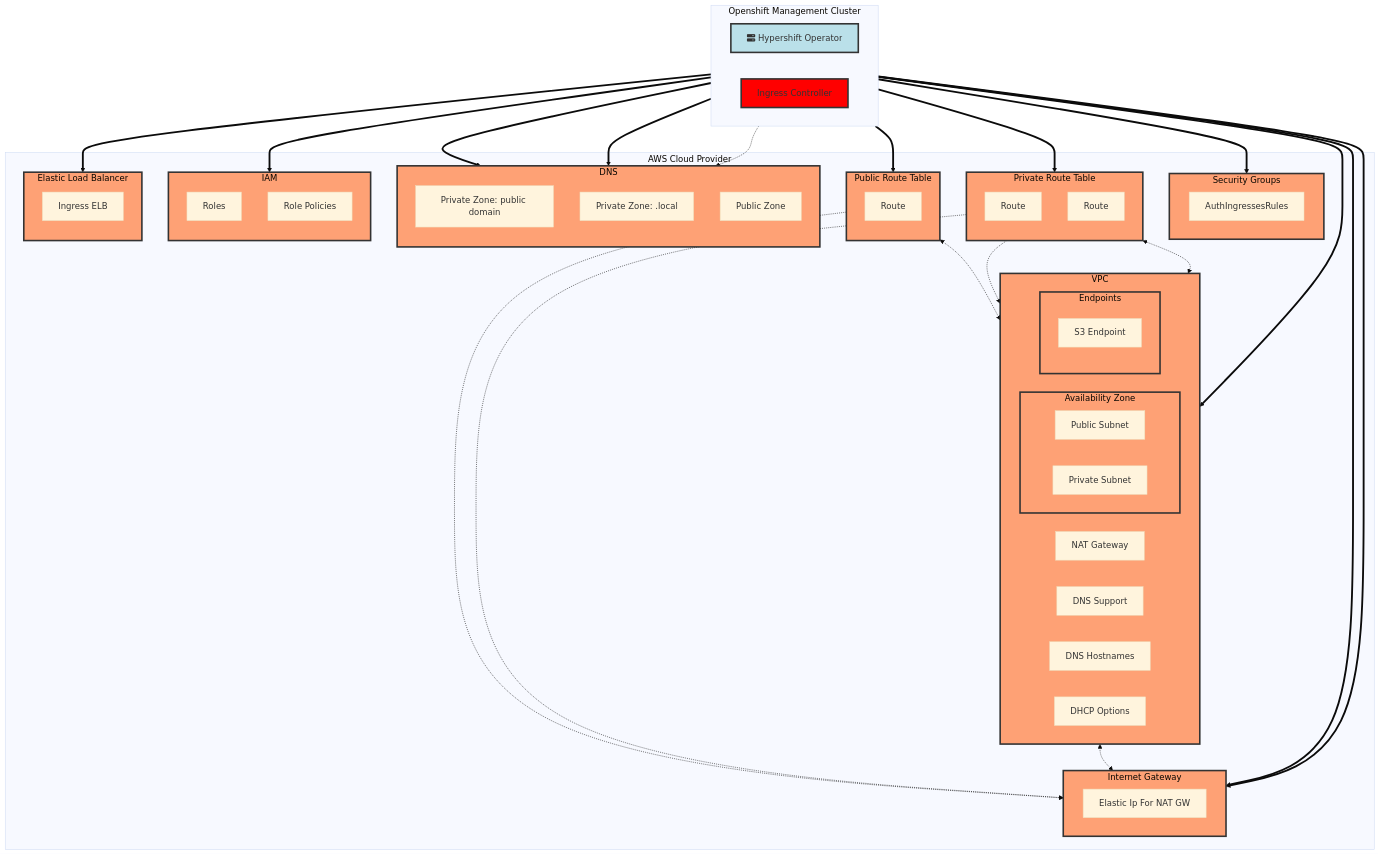
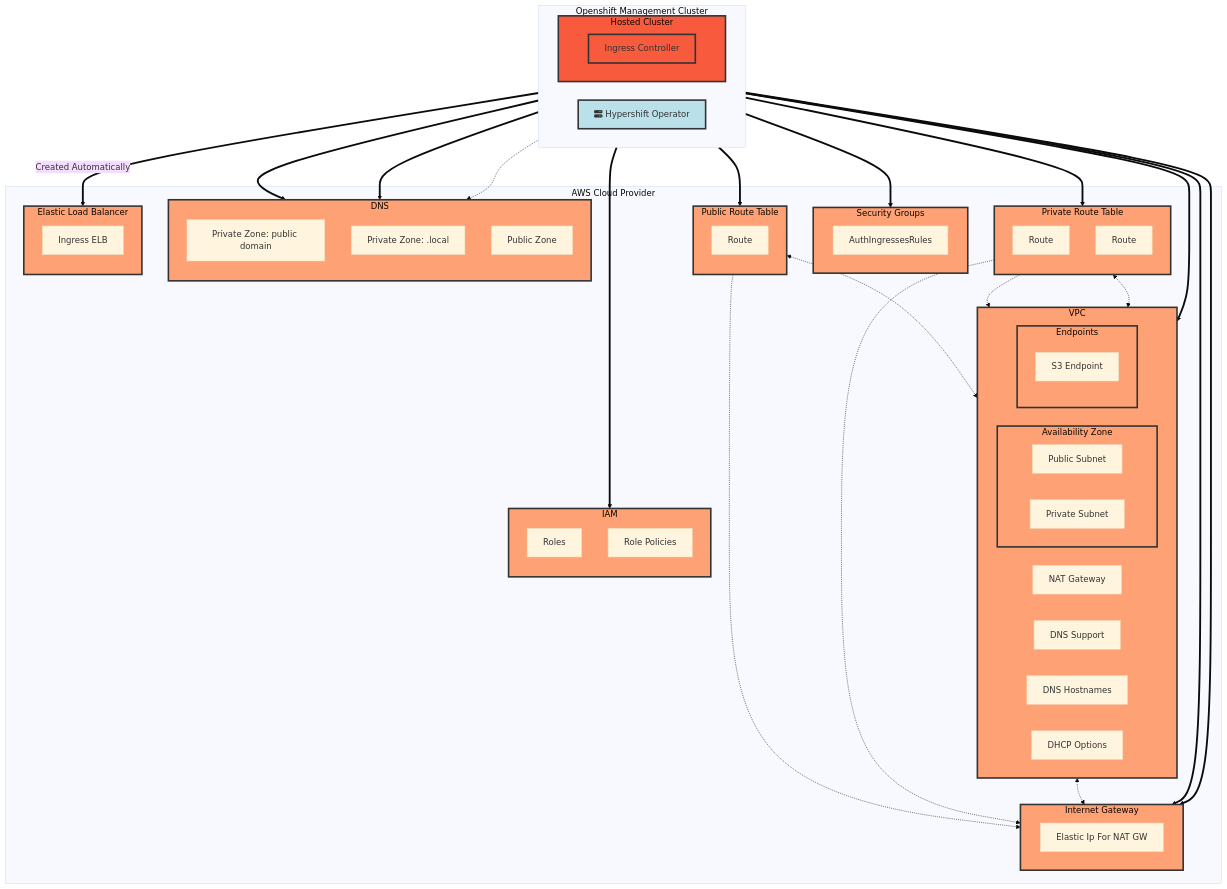
One commit to openshift/hypershift changed the fourth of 6 diagrams in docs/content/how-to/aws/index.md. Above: the diagram before and after it, drawn with Mermaid (base theme). The commit also changed other lines of this file and 2 other files, not shown here.

````diff
--- a/docs/content/how-to/aws/index.md
+++ b/docs/content/how-to/aws/index.md
@@ -731,7 +745,8 @@
 ```mermaid
 flowchart TB
     style HC fill:#BAE0E9,stroke:#333,stroke-width:3px
-    style IC fill:#FF0000,stroke:#333,stroke-width:3px
+    style HCL fill:#F85A3E,stroke:#333,stroke-width:3px
+    style IC fill:#F85A3E,stroke:#333,stroke-width:3px
     style vpc fill:#FEA175,stroke:#333,stroke-width:3px
     style AZ fill:#FEA175,stroke:#333,stroke-width:3px
     style IG fill:#FEA175,stroke:#333,stroke-width:3px
@@ -746,7 +761,9 @@
     subgraph OMC[Openshift Management Cluster]
         direction LR
         HC[fa:fa-server Hypershift Operator]
-        IC[Ingress Controller]
+        subgraph HCL[Hosted Cluster]
+            IC[Ingress Controller]
+        end
     end
     HC ==> vpc
     HC ==> IG
@@ -756,9 +773,9 @@
     HC ==> PBRT
     HC ==> PVZNPD
     HC ==> PVZNL
-    HC ==> IAM
+    HC ===> IAM
     HC -.-> PBZN
-    IC ==> IELB
+    IC == Created Automatically ==> IELB
     vpcN <-.-> EIFNG
     PRTN -.-> vpcN
     PBRT <-.-> pbs
````
